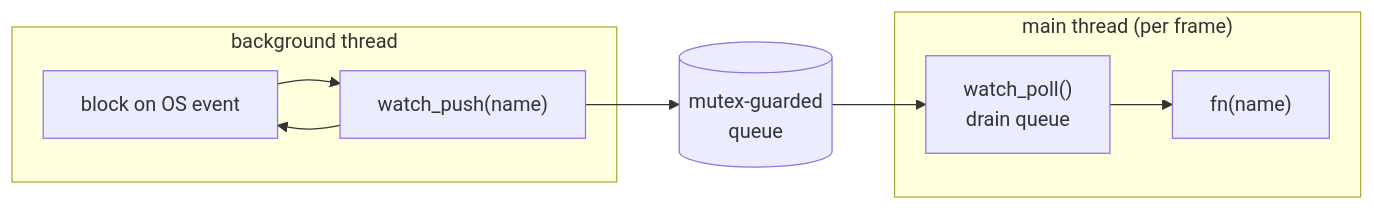
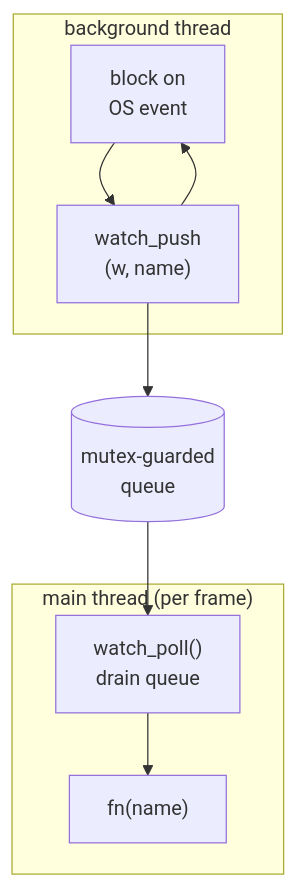
The diagram in tutor/02-file-watcher.md (andresfelipemendez/100-Dungeons), drawn with Mermaid before and after one commit. The commit also changed other lines of this file and 9 other files, not shown here.

````diff
--- a/tutor/02-file-watcher.md
+++ b/tutor/02-file-watcher.md
@@ -11,12 +11,12 @@
 ```mermaid
-flowchart LR
+flowchart TB
     subgraph bg["background thread"]
-        wait["block on OS event"] --> push["watch_push(name)"]
+        wait["block on<br/>OS event"] --> push["watch_push<br/>(w, name)"]
         push --> wait
     end
     push --> q[("mutex-guarded<br/>queue")]
     q --> drain["watch_poll()<br/>drain queue"]
     subgraph main["main thread (per frame)"]
         drain --> cb["fn(name)"]
     end
 ```
````
